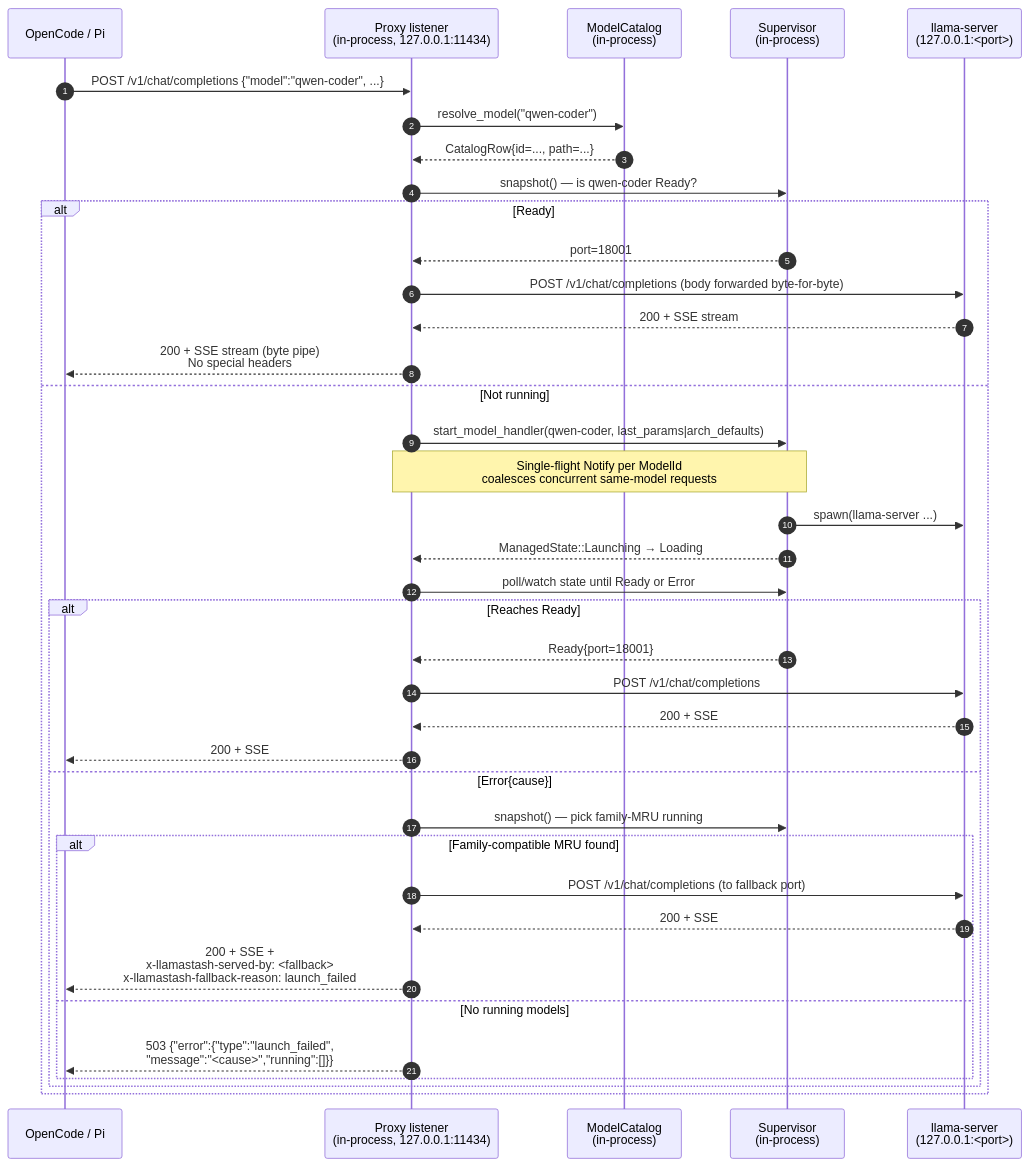
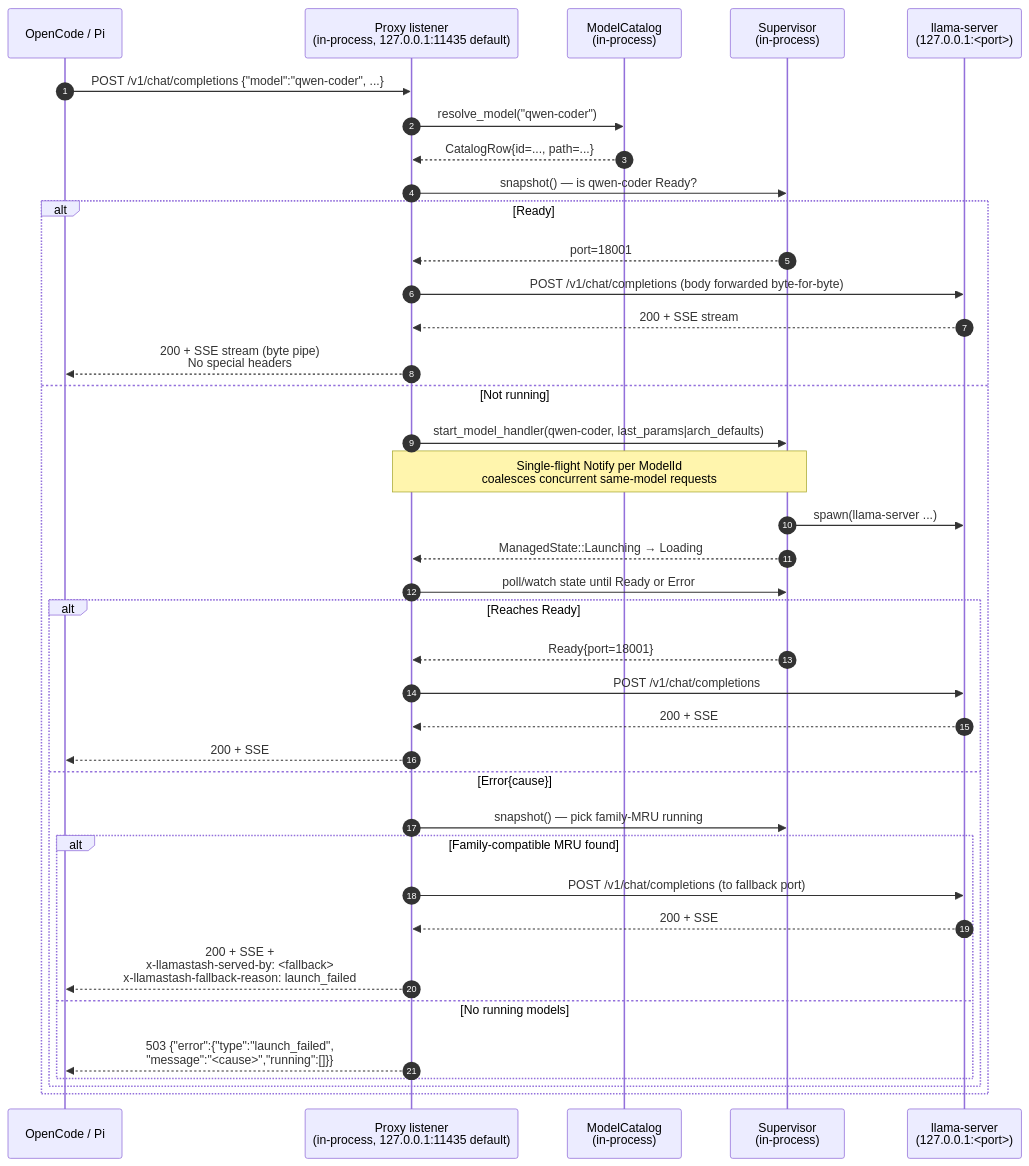
Before and after one commit to sirivong/llamastash: the diagram in docs/plans/2026-05-21-001-feat-proxy-router-plan.md, drawn with Mermaid. The commit also changed other lines of this file and 7 other files, not shown here.

````diff
--- a/docs/plans/2026-05-21-001-feat-proxy-router-plan.md
+++ b/docs/plans/2026-05-21-001-feat-proxy-router-plan.md
@@ -121,42 +121,42 @@
 ```mermaid
 sequenceDiagram
     autonumber
     participant Agent as OpenCode / Pi
-    participant Proxy as Proxy listener<br/>(in-process, 127.0.0.1:11434)
+    participant Proxy as Proxy listener<br/>(in-process, 127.0.0.1:11435 default)
     participant Catalog as ModelCatalog<br/>(in-process)
     participant Sup as Supervisor<br/>(in-process)
     participant LS as llama-server<br/>(127.0.0.1:<port>)
 
     Agent->>Proxy: POST /v1/chat/completions {"model":"qwen-coder", ...}
     Proxy->>Catalog: resolve_model("qwen-coder")
     Catalog-->>Proxy: CatalogRow{id=..., path=...}
     Proxy->>Sup: snapshot() — is qwen-coder Ready?
 
     alt Ready
         Sup-->>Proxy: port=18001
         Proxy->>LS: POST /v1/chat/completions (body forwarded byte-for-byte)
         LS-->>Proxy: 200 + SSE stream
         Proxy-->>Agent: 200 + SSE stream (byte pipe)<br/>No special headers
     else Not running
         Proxy->>Sup: start_model_handler(qwen-coder, last_params|arch_defaults)
         Note over Proxy,Sup: Single-flight Notify per ModelId<br/>coalesces concurrent same-model requests
         Sup->>LS: spawn(llama-server ...)
         Sup-->>Proxy: ManagedState::Launching → Loading
         Proxy->>Sup: poll/watch state until Ready or Error
         alt Reaches Ready
             Sup-->>Proxy: Ready{port=18001}
             Proxy->>LS: POST /v1/chat/completions
             LS-->>Proxy: 200 + SSE
             Proxy-->>Agent: 200 + SSE
         else Error{cause}
             Proxy->>Sup: snapshot() — pick family-MRU running
             alt Family-compatible MRU found
                 Proxy->>LS: POST /v1/chat/completions (to fallback port)
                 LS-->>Proxy: 200 + SSE
                 Proxy-->>Agent: 200 + SSE +<br/>x-llamastash-served-by: <fallback><br/>x-llamastash-fallback-reason: launch_failed
             else No running models
                 Proxy-->>Agent: 503 {"error":{"type":"launch_failed",<br/>"message":"<cause>","running":[]}}
             end
         end
     end
 ```
````
